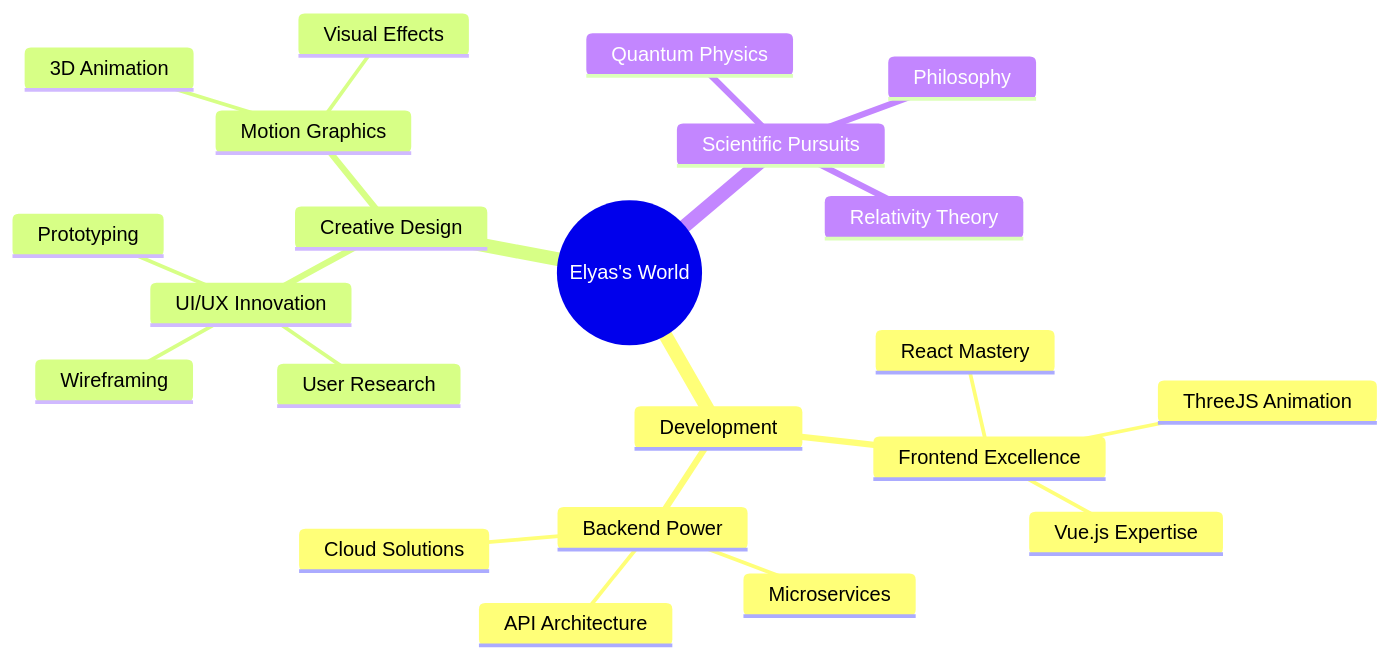
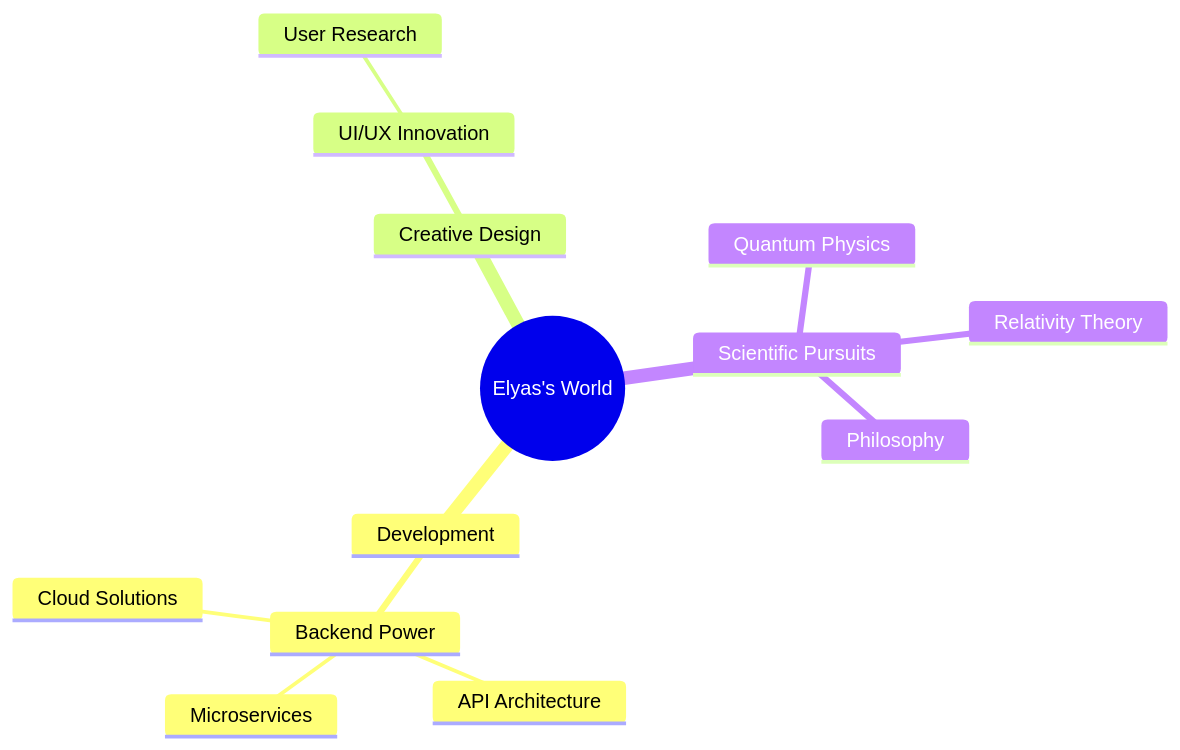
The diagram in README.md (elyas-malaeka/elyas-malaeka), drawn with Mermaid before and after one commit. The commit also changed other lines of this file, not shown here.

````diff
--- a/README.md
+++ b/README.md
@@ -67,25 +64,16 @@
 ```mermaid
 mindmap
   root((Elyas's World))
     Development
-      Frontend Excellence
-        React Mastery
-        Vue.js Expertise
-        ThreeJS Animation
       Backend Power
         API Architecture
         Microservices
         Cloud Solutions
     Creative Design
       UI/UX Innovation
         User Research
-        Wireframing
-        Prototyping
-      Motion Graphics
-        3D Animation
-        Visual Effects
     Scientific Pursuits
       Quantum Physics
       Relativity Theory
       Philosophy
 ```
````
